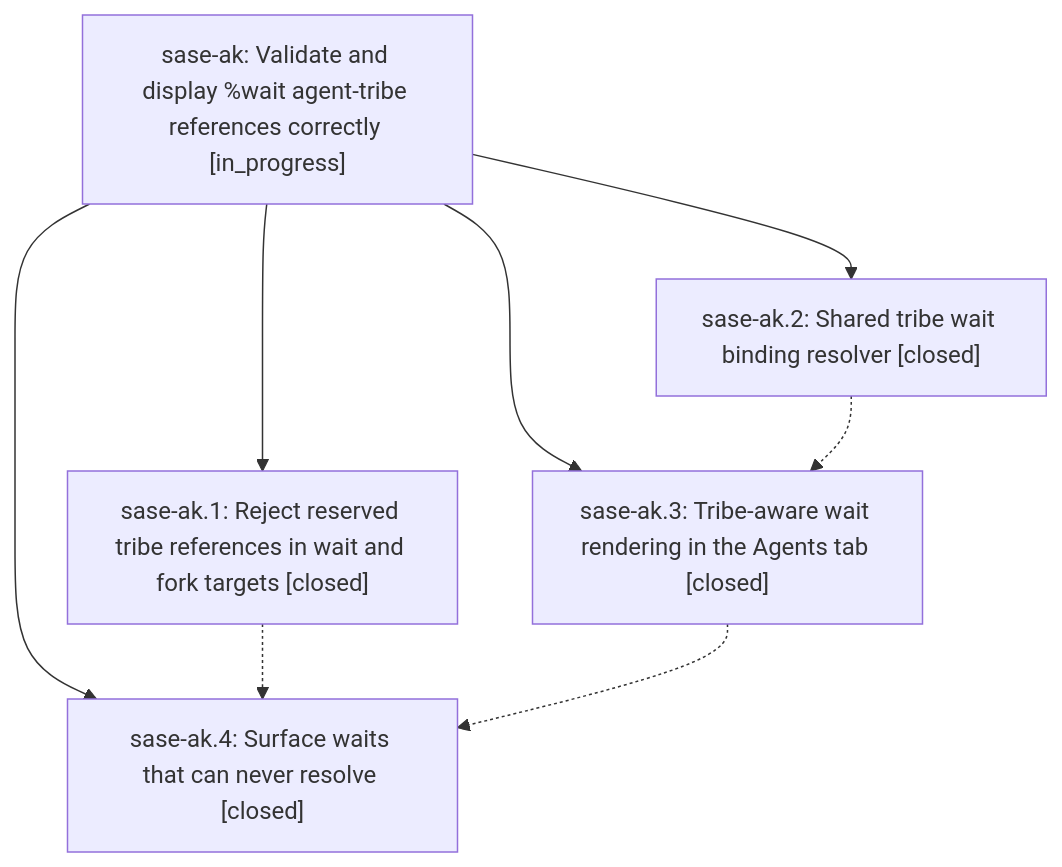
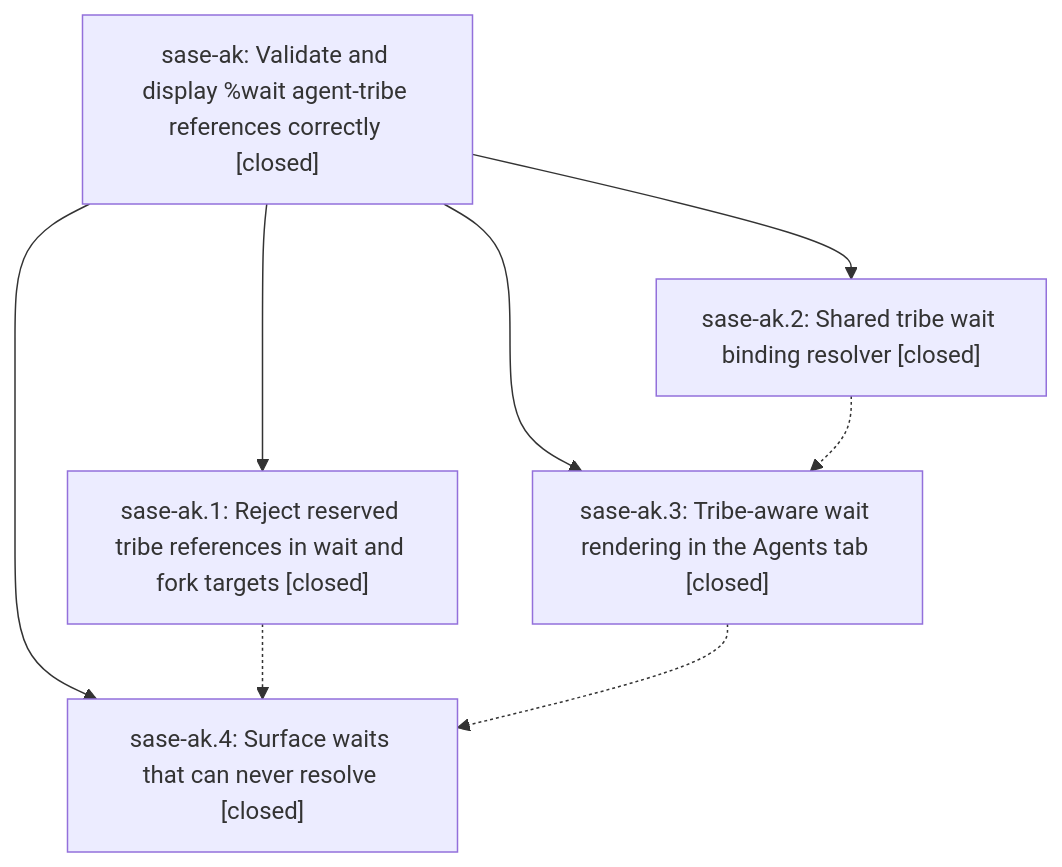
The diagram in pages/sase-ak/README.md (sase-org/sase--beads), drawn with Mermaid before and after one commit. The commit also changed other lines of this file and 2 other files, not shown here.

First line of the commit message:
chore(beads): sync bead state and pages for sase-ak

````diff
--- a/pages/sase-ak/README.md
+++ b/pages/sase-ak/README.md
@@ -25,15 +31,15 @@
 ```mermaid
 flowchart TD
-    n0["sase-ak: Validate and display %wait agent-tribe references correctly [in_progress]"]
+    n0["sase-ak: Validate and display %wait agent-tribe references correctly [closed]"]
     n1["sase-ak.1: Reject reserved tribe references in wait and fork targets [closed]"]
     n2["sase-ak.2: Shared tribe wait binding resolver [closed]"]
     n3["sase-ak.3: Tribe-aware wait rendering in the Agents tab [closed]"]
     n4["sase-ak.4: Surface waits that can never resolve [closed]"]
     n0 --> n1
     n0 --> n2
     n0 --> n3
     n0 --> n4
     n1 -.-> n4
     n2 -.-> n3
     n3 -.-> n4
 ```
````
